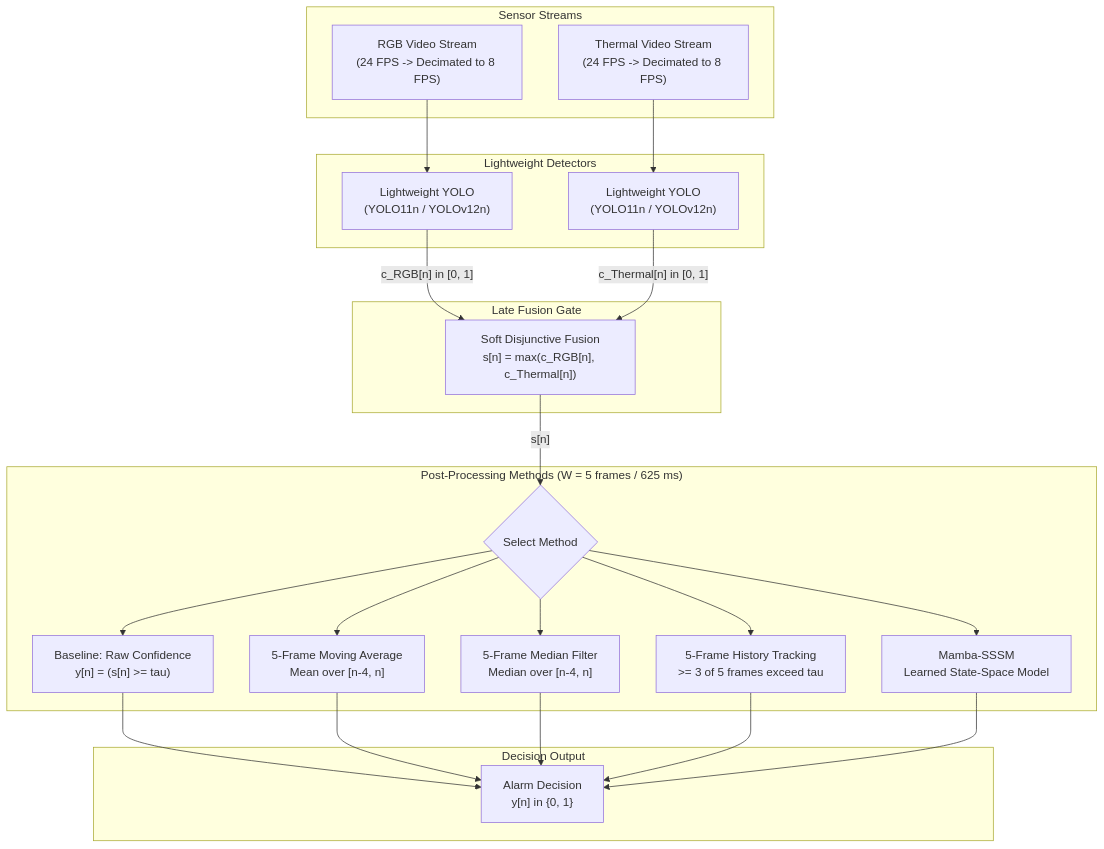
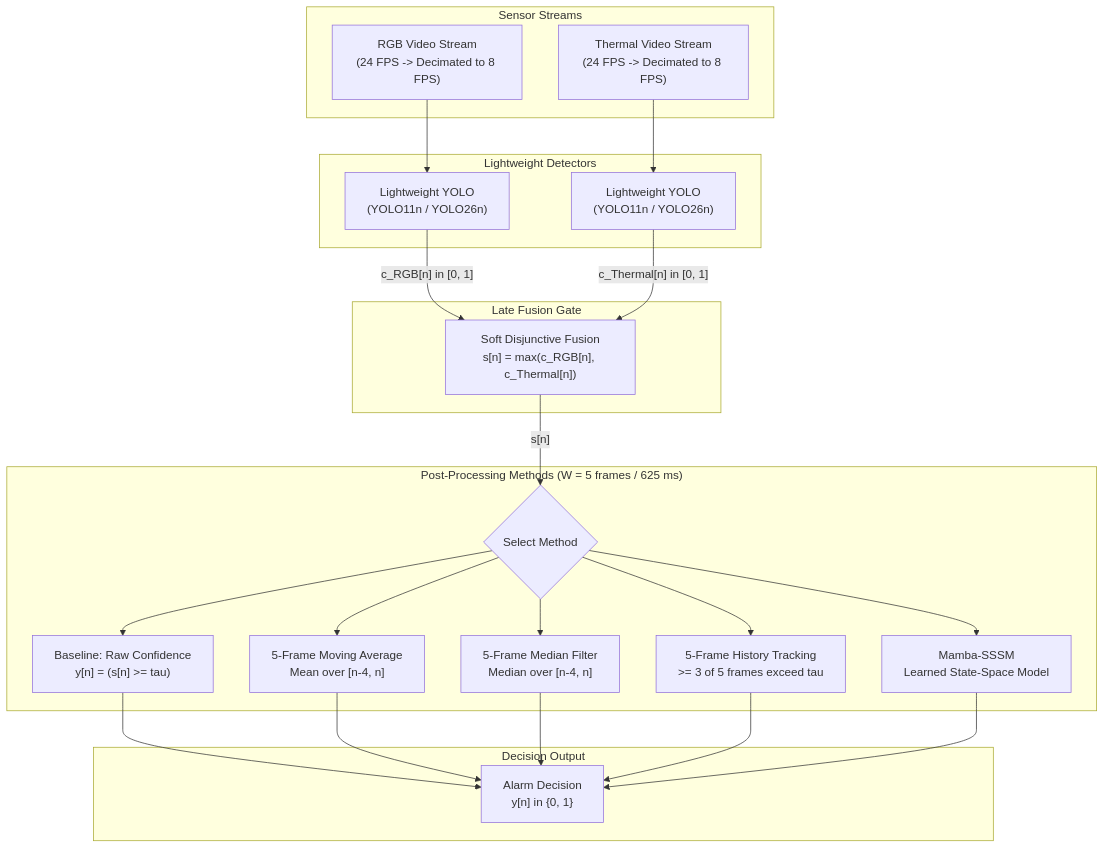
Before and after one commit to IamOumarIbrahim/multi-modal-detection: the diagram in README.md, drawn with Mermaid. The commit also changed other lines of this file and 27 other files, not shown here.

````diff
--- a/README.md
+++ b/README.md
@@ -34,43 +34,43 @@
 ```mermaid
 flowchart TD
     subgraph Inputs ["Sensor Streams"]
         RGB["RGB Video Stream\n(24 FPS -> Decimated to 8 FPS)"]
         Thermal["Thermal Video Stream\n(24 FPS -> Decimated to 8 FPS)"]
     end
 
     subgraph Detectors ["Lightweight Detectors"]
-        YOLO_RGB["Lightweight YOLO\n(YOLO11n / YOLOv12n)"]
-        YOLO_Th["Lightweight YOLO\n(YOLO11n / YOLOv12n)"]
+        YOLO_RGB["Lightweight YOLO\n(YOLO11n / YOLO26n)"]
+        YOLO_Th["Lightweight YOLO\n(YOLO11n / YOLO26n)"]
     end
 
     subgraph Fusion ["Late Fusion Gate"]
         Max["Soft Disjunctive Fusion\ns[n] = max(c_RGB[n], c_Thermal[n])"]
     end
 
     subgraph PostProc ["Post-Processing Methods (W = 5 frames / 625 ms)"]
         PP{"Select Method"}
         M1["Baseline: Raw Confidence\ny[n] = (s[n] >= tau)"]
         M2["5-Frame Moving Average\nMean over [n-4, n]"]
         M3["5-Frame Median Filter\nMedian over [n-4, n]"]
         M4["5-Frame History Tracking\n>= 3 of 5 frames exceed tau"]
         M5["Mamba-SSSM\nLearned State-Space Model"]
     end
 
     subgraph Output ["Decision Output"]
         Alarm["Alarm Decision\ny[n] in {0, 1}"]
     end
 
     RGB --> YOLO_RGB
     Thermal --> YOLO_Th
 
     YOLO_RGB -->|"c_RGB[n] in [0, 1]"| Max
     YOLO_Th -->|"c_Thermal[n] in [0, 1]"| Max
 
     Max -->|"s[n]"| PP
 
     PP --> M1 --> Alarm
     PP --> M2 --> Alarm
     PP --> M3 --> Alarm
     PP --> M4 --> Alarm
     PP --> M5 --> Alarm
 ```
````
